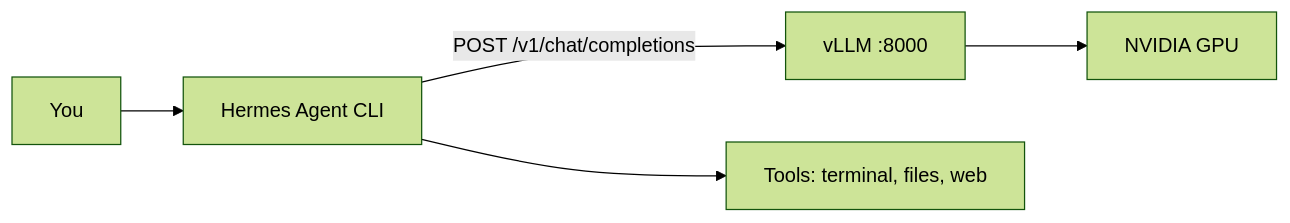
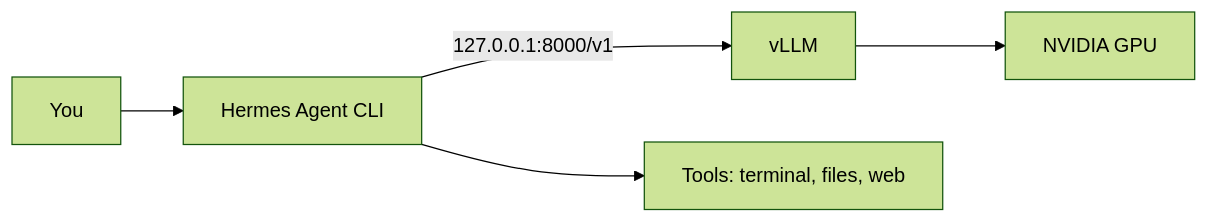
The first of 2 diagrams in README.md (DataKnifeAI/enodios), drawn with Mermaid (forest theme) before and after one commit. The commit also changed other lines of this file and 1 other file, not shown here.

````diff
--- a/README.md
+++ b/README.md
@@ -240,7 +302,7 @@
 ```mermaid
 flowchart LR
   U[You] --> H[Hermes Agent CLI]
-  H -->|POST /v1/chat/completions| V[vLLM :8000]
+  H -->|127.0.0.1:8000/v1| V[vLLM]
   V --> G[NVIDIA GPU]
   H --> T[Tools: terminal, files, web]
 ```
````
